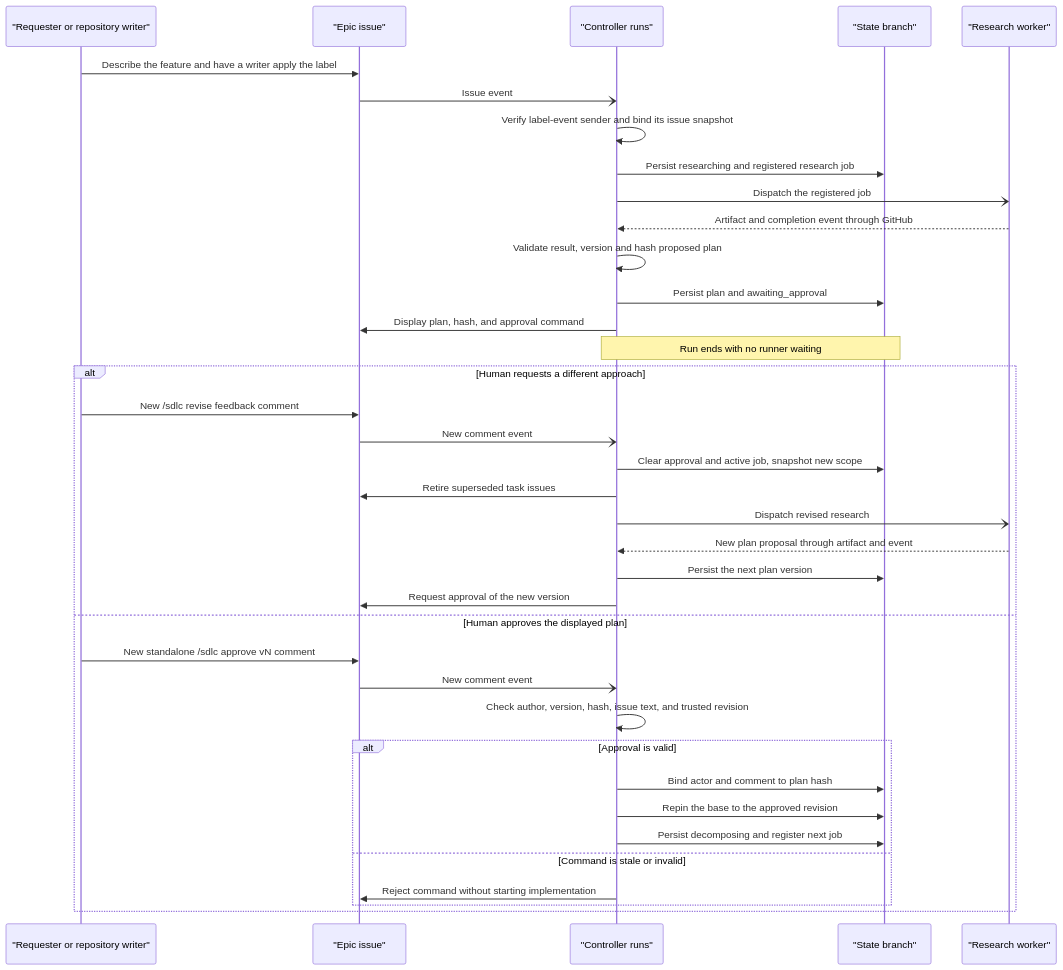
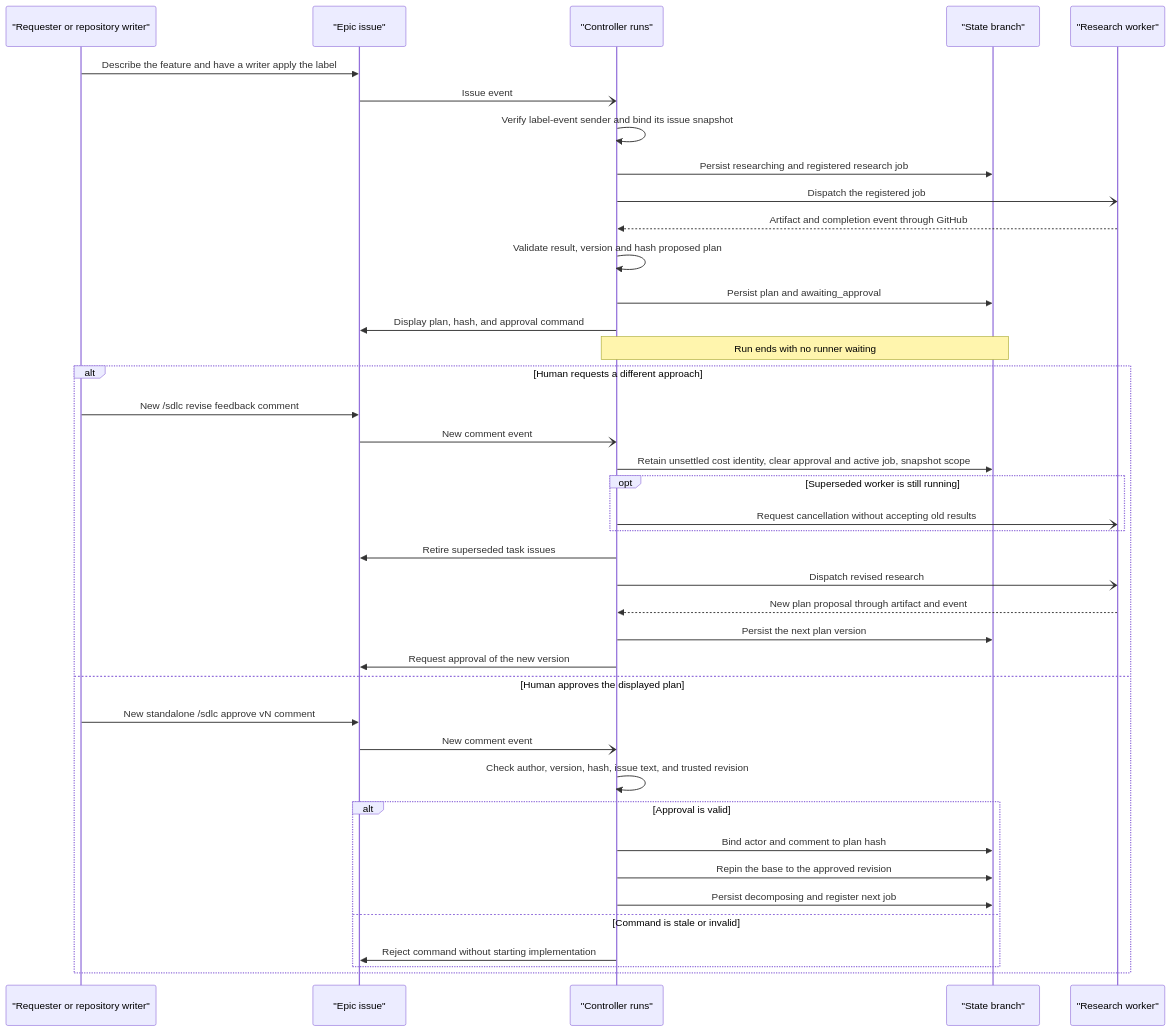
The third of 7 diagrams in docs/architecture.md (dav1dc-cs-test-org/agentic-sdlc-prototype), drawn with Mermaid before and after one commit. The commit also changed other lines of this file and 12 other files, not shown here.

Commit message:
a variety of bug fixes, 4 to be precise: Fixed unbounded cost-receipt retries, lost costs from cancelled or superseded jobs, missed late receipts, and conflicting Documentation-stage edit instructions.

````diff
--- a/docs/architecture.md
+++ b/docs/architecture.md
@@ -228,41 +230,44 @@
 ```mermaid
 sequenceDiagram
   participant ApHuman as "Requester or repository writer"
   participant ApIssue as "Epic issue"
   participant ApControl as "Controller runs"
   participant ApState as "State branch"
   participant ApWorker as "Research worker"
 
   ApHuman->>ApIssue: Describe the feature and have a writer apply the label
   ApIssue-)ApControl: Issue event
   ApControl->>ApControl: Verify label-event sender and bind its issue snapshot
   ApControl->>ApState: Persist researching and registered research job
   ApControl-)ApWorker: Dispatch the registered job
   ApWorker-->>ApControl: Artifact and completion event through GitHub
   ApControl->>ApControl: Validate result, version and hash proposed plan
   ApControl->>ApState: Persist plan and awaiting_approval
   ApControl->>ApIssue: Display plan, hash, and approval command
   Note over ApControl,ApState: Run ends with no runner waiting
 
     alt Human requests a different approach
     ApHuman->>ApIssue: New /sdlc revise feedback comment
     ApIssue-)ApControl: New comment event
-    ApControl->>ApState: Clear approval and active job, snapshot new scope
+    ApControl->>ApState: Retain unsettled cost identity, clear approval and active job, snapshot scope
+      opt Superseded worker is still running
+    ApControl-)ApWorker: Request cancellation without accepting old results
+      end
     ApControl->>ApIssue: Retire superseded task issues
     ApControl-)ApWorker: Dispatch revised research
     ApWorker-->>ApControl: New plan proposal through artifact and event
     ApControl->>ApState: Persist the next plan version
     ApControl->>ApIssue: Request approval of the new version
     else Human approves the displayed plan
     ApHuman->>ApIssue: New standalone /sdlc approve vN comment
     ApIssue-)ApControl: New comment event
     ApControl->>ApControl: Check author, version, hash, issue text, and trusted revision
         alt Approval is valid
       ApControl->>ApState: Bind actor and comment to plan hash
       ApControl->>ApState: Repin the base to the approved revision
       ApControl->>ApState: Persist decomposing and register next job
         else Command is stale or invalid
       ApControl->>ApIssue: Reject command without starting implementation
         end
     end
 ```
````
